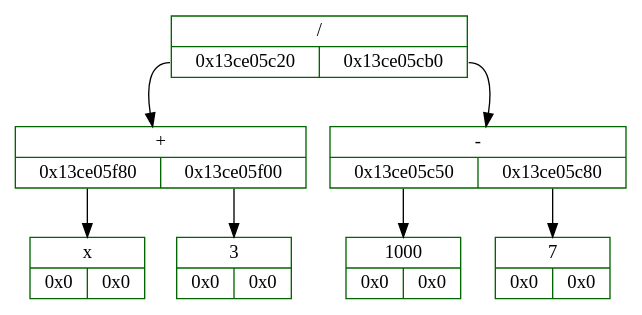
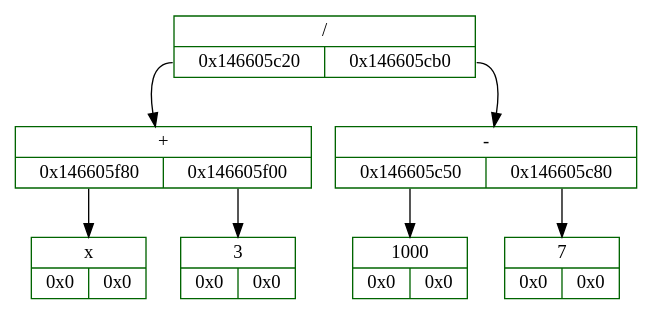
One commit to whiterno/bin_exp_tree changed the diagram in log/dump.dot. Above: the diagram before and after it, drawn with Graphviz. The commit also changed 3 other files, not shown here.

```diff
--- a/log/dump.dot
+++ b/log/dump.dot
@@ -1,17 +1,17 @@
 digraph D{
 	rankdir = TB
 
-	node_5316304096 [color = "darkgreen", style = "filled", shape = "record", fillcolor = "white", label = "{ /  | {<fl5316304096> 0x13ce05c20 | <fr5316304096> 0x13ce05cb0}}"]
-	node_5316304096: <fl5316304096> -> node_5316303904 [color = "black", arrowhead = "normal", label = ""]
-	node_5316303904 [color = "darkgreen", style = "filled", shape = "record", fillcolor = "white", label = "{ +  | {<fl5316303904> 0x13ce05f80 | <fr5316303904> 0x13ce05f00}}"]
-	node_5316303904: <fl5316303904> -> node_5316304768 [color = "black", arrowhead = "normal", label = ""]
-	node_5316304768 [color = "darkgreen", style = "filled", shape = "record", fillcolor = "white", label = "{x  | {<fl5316304768> 0x0 | <fr5316304768> 0x0}}"]
-	node_5316303904: <fr5316303904> -> node_5316304640 [color = "black", arrowhead = "normal", label = ""]
-	node_5316304640 [color = "darkgreen", style = "filled", shape = "record", fillcolor = "white", label = "{3  | {<fl5316304640> 0x0 | <fr5316304640> 0x0}}"]
-	node_5316304096: <fr5316304096> -> node_5316304048 [color = "black", arrowhead = "normal", label = ""]
-	node_5316304048 [color = "darkgreen", style = "filled", shape = "record", fillcolor = "white", label = "{ -  | {<fl5316304048> 0x13ce05c50 | <fr5316304048> 0x13ce05c80}}"]
-	node_5316304048: <fl5316304048> -> node_5316303952 [color = "black", arrowhead = "normal", label = ""]
-	node_5316303952 [color = "darkgreen", style = "filled", shape = "record", fillcolor = "white", label = "{1000  | {<fl5316303952> 0x0 | <fr5316303952> 0x0}}"]
-	node_5316304048: <fr5316304048> -> node_5316304000 [color = "black", arrowhead = "normal", label = ""]
-	node_5316304000 [color = "darkgreen", style = "filled", shape = "record", fillcolor = "white", label = "{7  | {<fl5316304000> 0x0 | <fr5316304000> 0x0}}"]
+	node_5475687648 [color = "darkgreen", style = "filled", shape = "record", fillcolor = "white", label = "{ /  | {<fl5475687648> 0x146605c20 | <fr5475687648> 0x146605cb0}}"]
+	node_5475687648: <fl5475687648> -> node_5475687456 [color = "black", arrowhead = "normal", label = ""]
+	node_5475687456 [color = "darkgreen", style = "filled", shape = "record", fillcolor = "white", label = "{ +  | {<fl5475687456> 0x146605f80 | <fr5475687456> 0x146605f00}}"]
+	node_5475687456: <fl5475687456> -> node_5475688320 [color = "black", arrowhead = "normal", label = ""]
+	node_5475688320 [color = "darkgreen", style = "filled", shape = "record", fillcolor = "white", label = "{x  | {<fl5475688320> 0x0 | <fr5475688320> 0x0}}"]
+	node_5475687456: <fr5475687456> -> node_5475688192 [color = "black", arrowhead = "normal", label = ""]
+	node_5475688192 [color = "darkgreen", style = "filled", shape = "record", fillcolor = "white", label = "{3  | {<fl5475688192> 0x0 | <fr5475688192> 0x0}}"]
+	node_5475687648: <fr5475687648> -> node_5475687600 [color = "black", arrowhead = "normal", label = ""]
+	node_5475687600 [color = "darkgreen", style = "filled", shape = "record", fillcolor = "white", label = "{ -  | {<fl5475687600> 0x146605c50 | <fr5475687600> 0x146605c80}}"]
+	node_5475687600: <fl5475687600> -> node_5475687504 [color = "black", arrowhead = "normal", label = ""]
+	node_5475687504 [color = "darkgreen", style = "filled", shape = "record", fillcolor = "white", label = "{1000  | {<fl5475687504> 0x0 | <fr5475687504> 0x0}}"]
+	node_5475687600: <fr5475687600> -> node_5475687552 [color = "black", arrowhead = "normal", label = ""]
+	node_5475687552 [color = "darkgreen", style = "filled", shape = "record", fillcolor = "white", label = "{7  | {<fl5475687552> 0x0 | <fr5475687552> 0x0}}"]
 }
```
